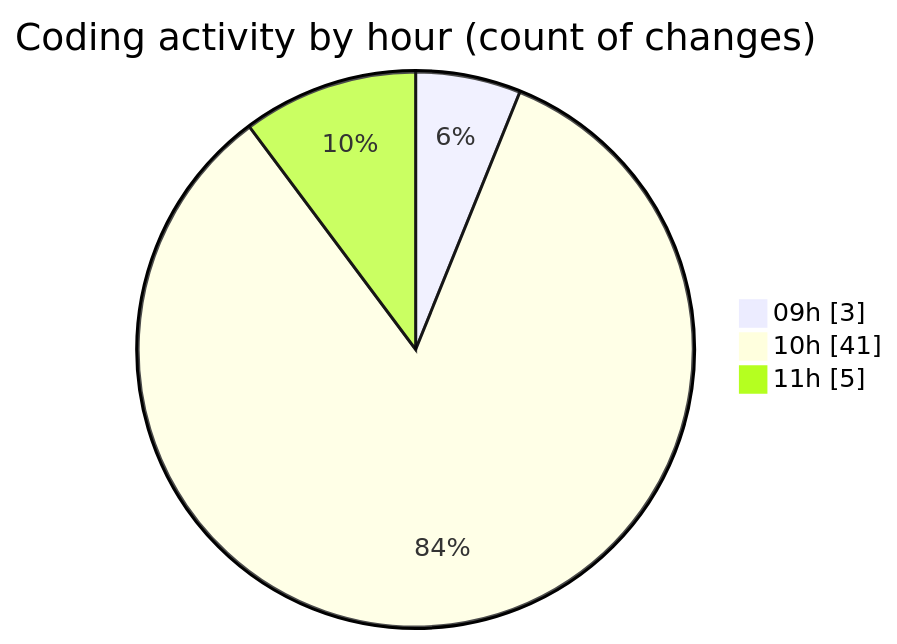
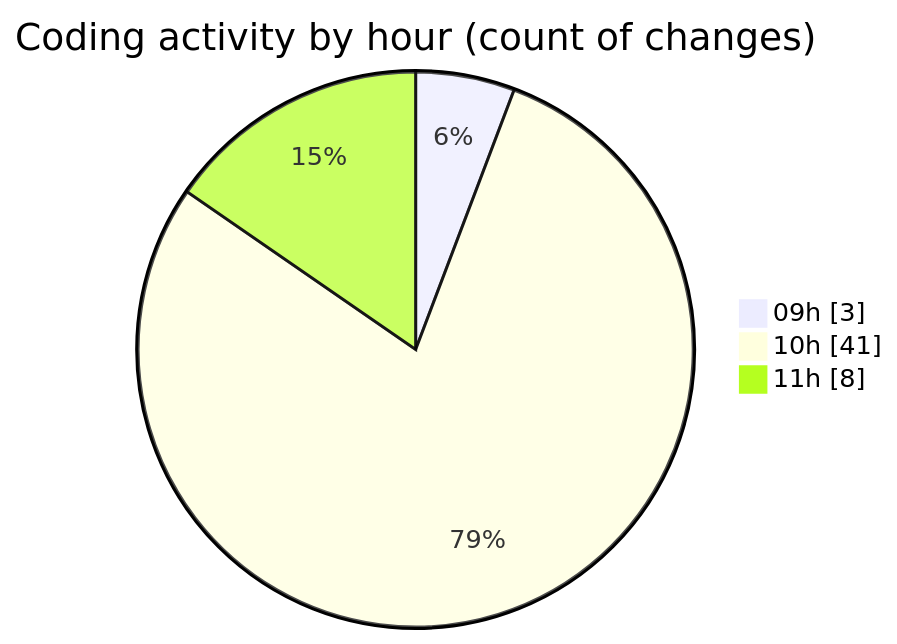
Before and after one commit to CELIANVF/code-tracking: the second of 2 diagrams in 2025-05-19/ecodeli-1/README.md, drawn with Mermaid. The commit also changed other lines of this file and 1 other file, not shown here.

````diff
--- a/2025-05-19/ecodeli-1/README.md
+++ b/2025-05-19/ecodeli-1/README.md
@@ -43,7 +43,7 @@
 ```mermaid
 pie showData
 title Coding activity by hour (count of changes)
 "09h" : 3
 "10h" : 41
-"11h" : 5
+"11h" : 8
 ```
````
